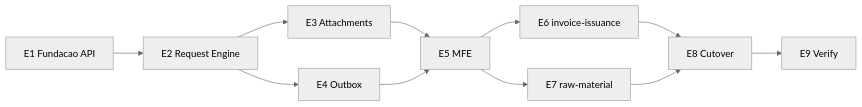
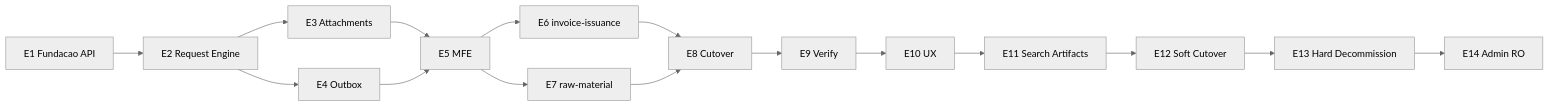
The fourth of 4 diagrams in docs/12-roadmap-e-evolucao/my-requests/PLAYBOOK.md (roberiooliveiradev/delpi-central), drawn with Mermaid (neutral theme) before and after one commit. The commit also changed other lines of this file and 2 other files, not shown here.

Commit message:
docs(my-requests): alinha playbook pós-E11 e gate de soft cutover

````diff
--- a/docs/12-roadmap-e-evolucao/my-requests/PLAYBOOK.md
+++ b/docs/12-roadmap-e-evolucao/my-requests/PLAYBOOK.md
@@ -1258,13 +1263,18 @@
 ```mermaid
 flowchart LR
   E1[E1 Fundacao API] --> E2[E2 Request Engine]
   E2 --> E3[E3 Attachments]
   E2 --> E4[E4 Outbox]
   E3 --> E5[E5 MFE]
   E4 --> E5
   E5 --> E6[E6 invoice-issuance]
   E5 --> E7[E7 raw-material]
   E6 --> E8[E8 Cutover]
   E7 --> E8
   E8 --> E9[E9 Verify]
+  E9 --> E10[E10 UX]
+  E10 --> E11[E11 Search Artifacts]
+  E11 --> E12[E12 Soft Cutover]
+  E12 --> E13[E13 Hard Decommission]
+  E13 --> E14[E14 Admin RO]
 ```
````
